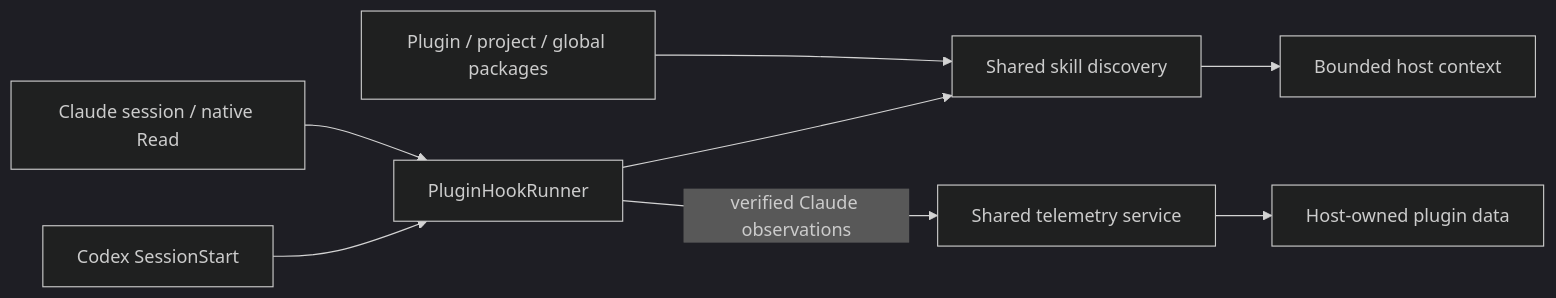
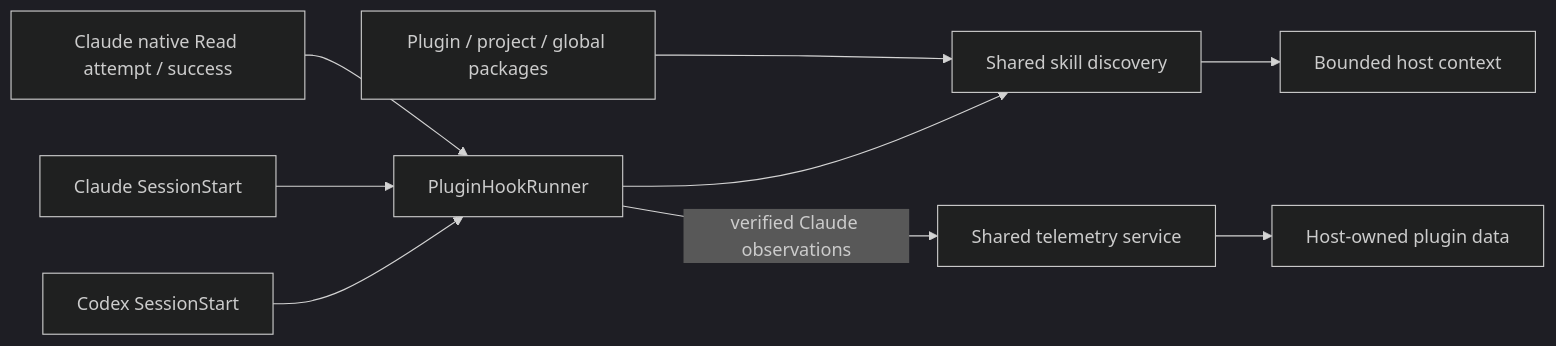
One commit to i-9-ai/skills changed the fourth of 8 diagrams in docs/Architecture.md. Above: the diagram before and after it, drawn with Mermaid (dark theme). The commit also changed other lines of this file and 10 other files, not shown here.

Commit message:
docs: refresh current skill entry-path diagrams

````diff
--- a/docs/Architecture.md
+++ b/docs/Architecture.md
@@ -71,10 +105,11 @@
 ```mermaid
 flowchart LR
     Codex[Codex SessionStart] --> Runner[PluginHookRunner]
-    Claude[Claude session / native Read] --> Runner
+    Claude[Claude SessionStart] --> Runner
+    Read[Claude native Read attempt / success] --> Runner
     Runner --> Discovery[Shared skill discovery]
     Collections[Plugin / project / global packages] --> Discovery
     Discovery --> Overview[Bounded host context]
     Runner -->|verified Claude observations| Telemetry[Shared telemetry service]
     Telemetry --> Data[Host-owned plugin data]
 ```
````
